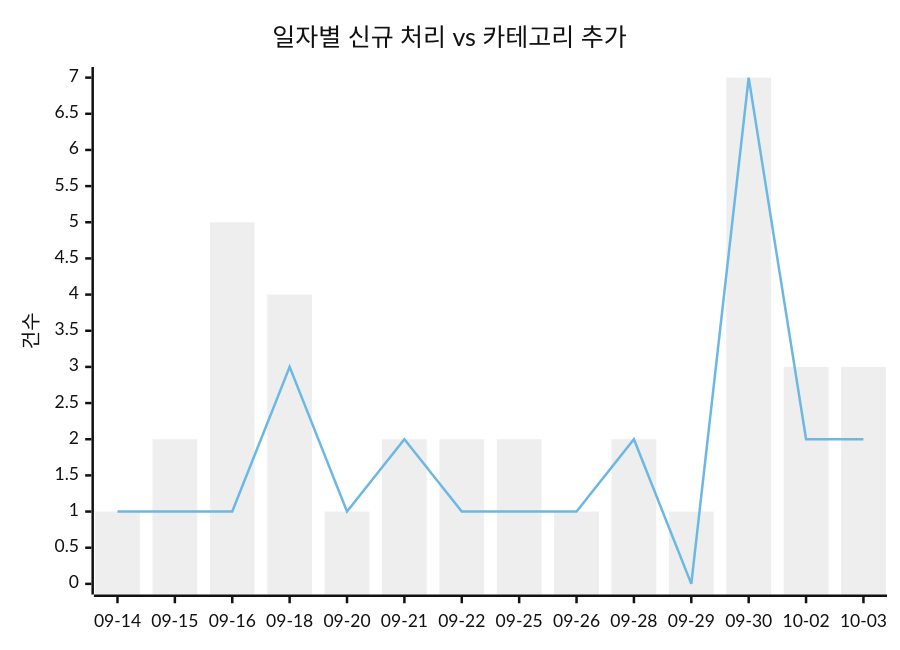
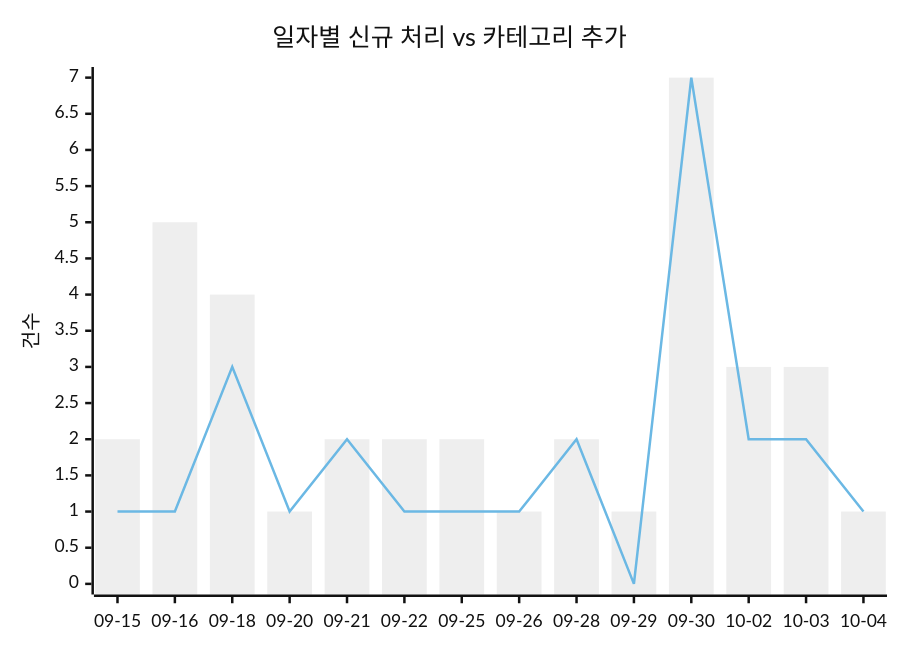
Before and after one commit to J-nowcow/awesome-korean-agent-skills: the first of 2 diagrams in docs/trends.md, drawn with Mermaid (neutral theme). The commit also changed other lines of this file and 3 other files, not shown here.

````diff
--- a/docs/trends.md
+++ b/docs/trends.md
@@ -32,8 +32,8 @@
 ```mermaid
 xychart-beta
     title "일자별 신규 처리 vs 카테고리 추가"
-    x-axis ["09-14","09-15","09-16","09-18","09-20","09-21","09-22","09-25","09-26","09-28","09-29","09-30","10-02","10-03"]
+    x-axis ["09-15","09-16","09-18","09-20","09-21","09-22","09-25","09-26","09-28","09-29","09-30","10-02","10-03","10-04"]
     y-axis "건수"
-    bar [1,2,5,4,1,2,2,2,1,2,1,7,3,3]
-    line [1,1,1,3,1,2,1,1,1,2,0,7,2,2]
+    bar [2,5,4,1,2,2,2,1,2,1,7,3,3,1]
+    line [1,1,3,1,2,1,1,1,2,0,7,2,2,1]
 ```
````
